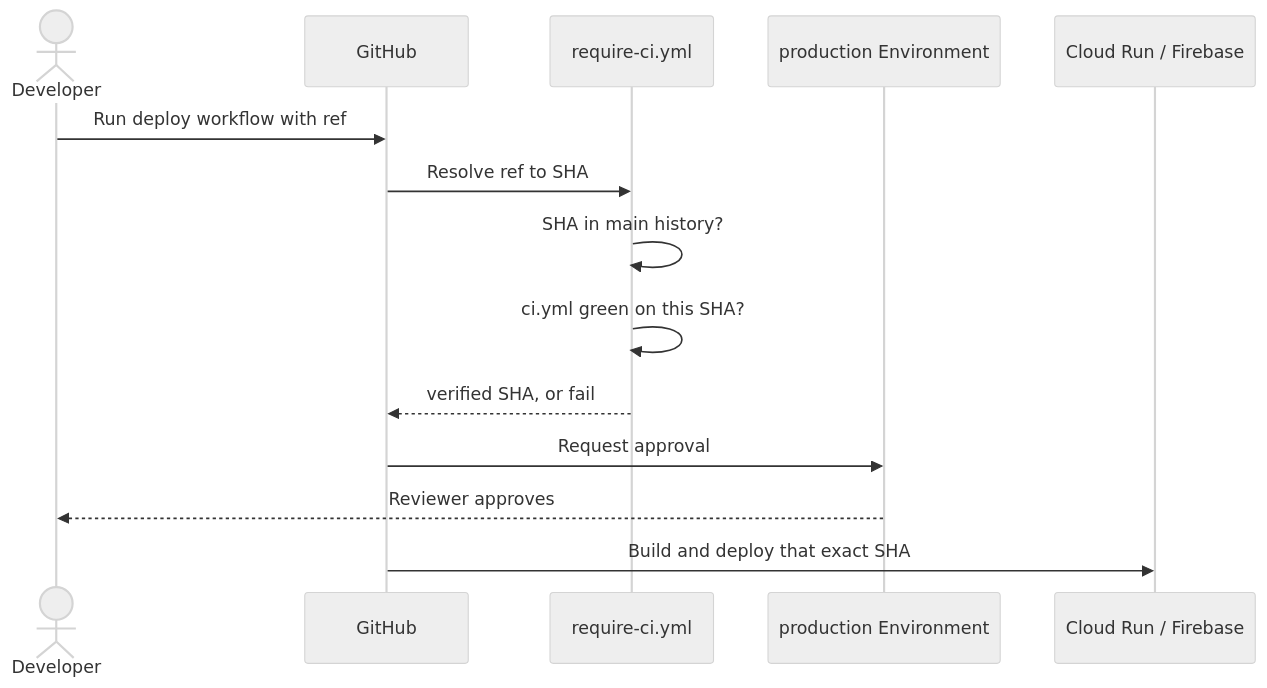
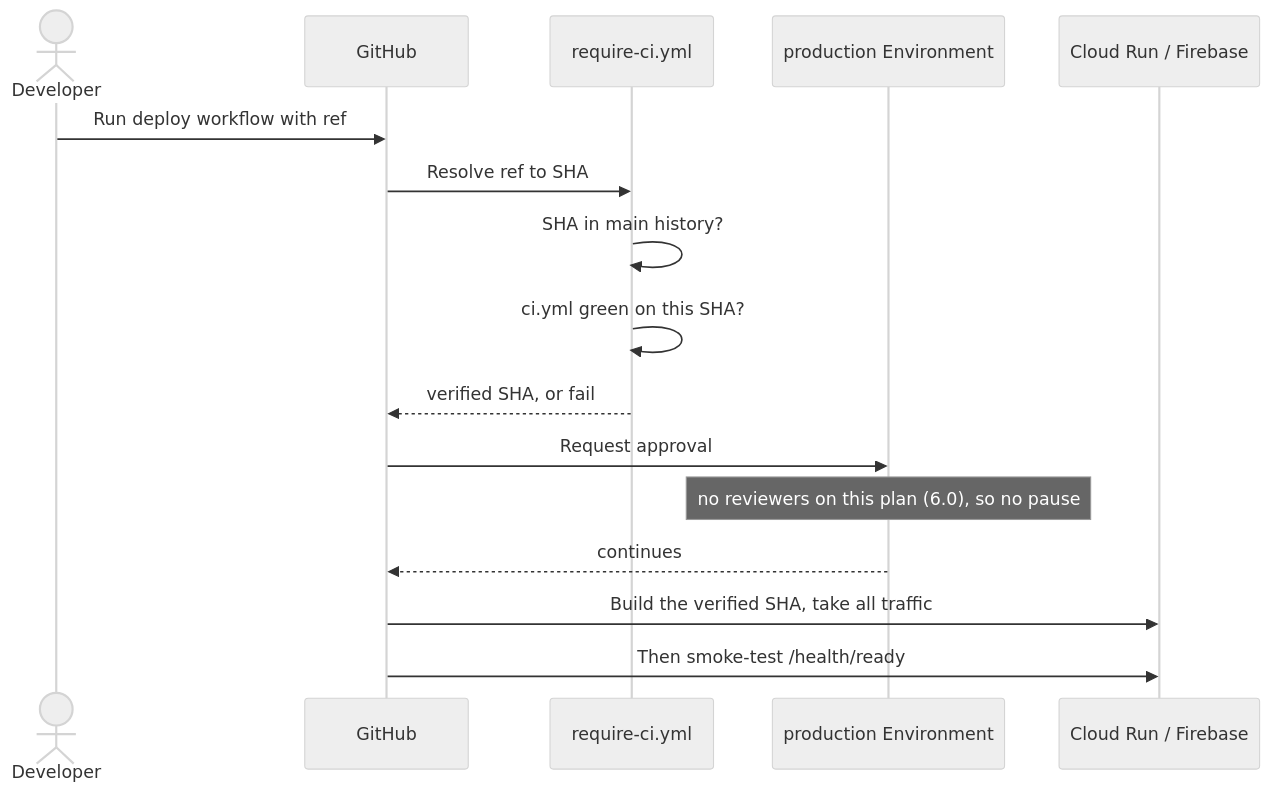
The fourth of 5 diagrams in docs/ai-native-sdlc-playbook.md (balureddy003/LifeKeel), drawn with Mermaid (neutral theme) before and after one commit. The commit also changed other lines of this file and 8 other files, not shown here.

````diff
--- a/docs/ai-native-sdlc-playbook.md
+++ b/docs/ai-native-sdlc-playbook.md
@@ -292,16 +339,18 @@
 ```mermaid
 sequenceDiagram
   actor Dev as Developer
   participant GH as GitHub
   participant RC as require-ci.yml
   participant Env as production Environment
   participant Cloud as Cloud Run / Firebase
   Dev->>GH: Run deploy workflow with ref
   GH->>RC: Resolve ref to SHA
   RC->>RC: SHA in main history?
   RC->>RC: ci.yml green on this SHA?
   RC-->>GH: verified SHA, or fail
   GH->>Env: Request approval
-  Env-->>Dev: Reviewer approves
-  GH->>Cloud: Build and deploy that exact SHA
+  Note over Env: no reviewers on this plan (6.0), so no pause
+  Env-->>GH: continues
+  GH->>Cloud: Build the verified SHA, take all traffic
+  GH->>Cloud: Then smoke-test /health/ready
 ```
````
